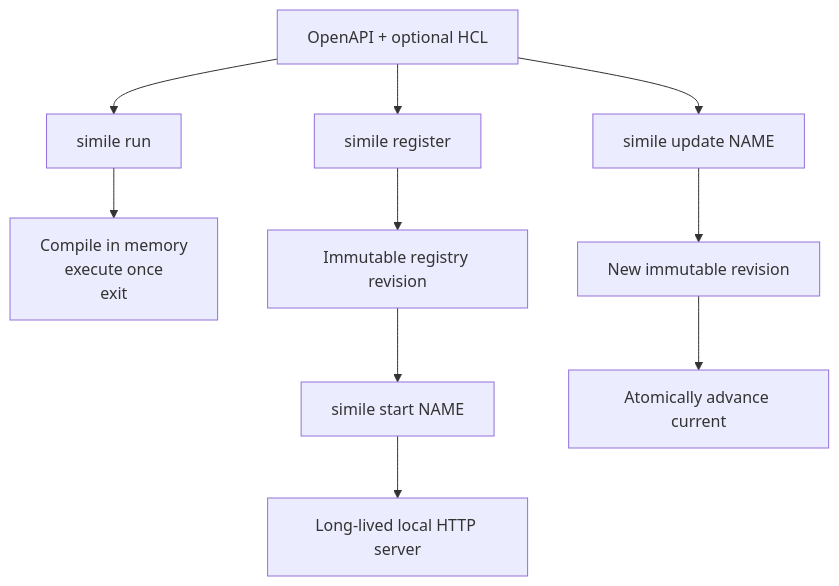
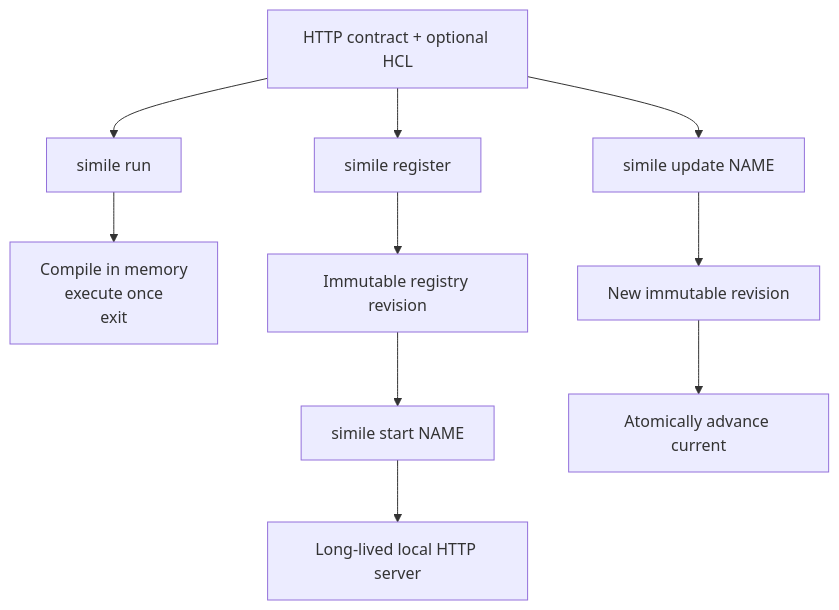
Before and after one commit to inttegro/simile: the diagram in docs/service-lifecycle.md, drawn with Mermaid. The commit also changed other lines of this file and 26 other files, not shown here.

````diff
--- a/docs/service-lifecycle.md
+++ b/docs/service-lifecycle.md
@@ -10,13 +10,13 @@
 ```mermaid
 flowchart TD
-  Sources[OpenAPI + optional HCL]
+  Sources[HTTP contract + optional HCL]
   Sources --> Run[simile run]
   Run --> One[Compile in memory\nexecute once\nexit]
   Sources --> Register[simile register]
   Register --> Revision[Immutable registry revision]
   Revision --> Start[simile start NAME]
   Start --> Server[Long-lived local HTTP server]
   Sources --> Update[simile update NAME]
   Update --> NewRevision[New immutable revision]
   NewRevision --> Pointer[Atomically advance current]
 ```
````
